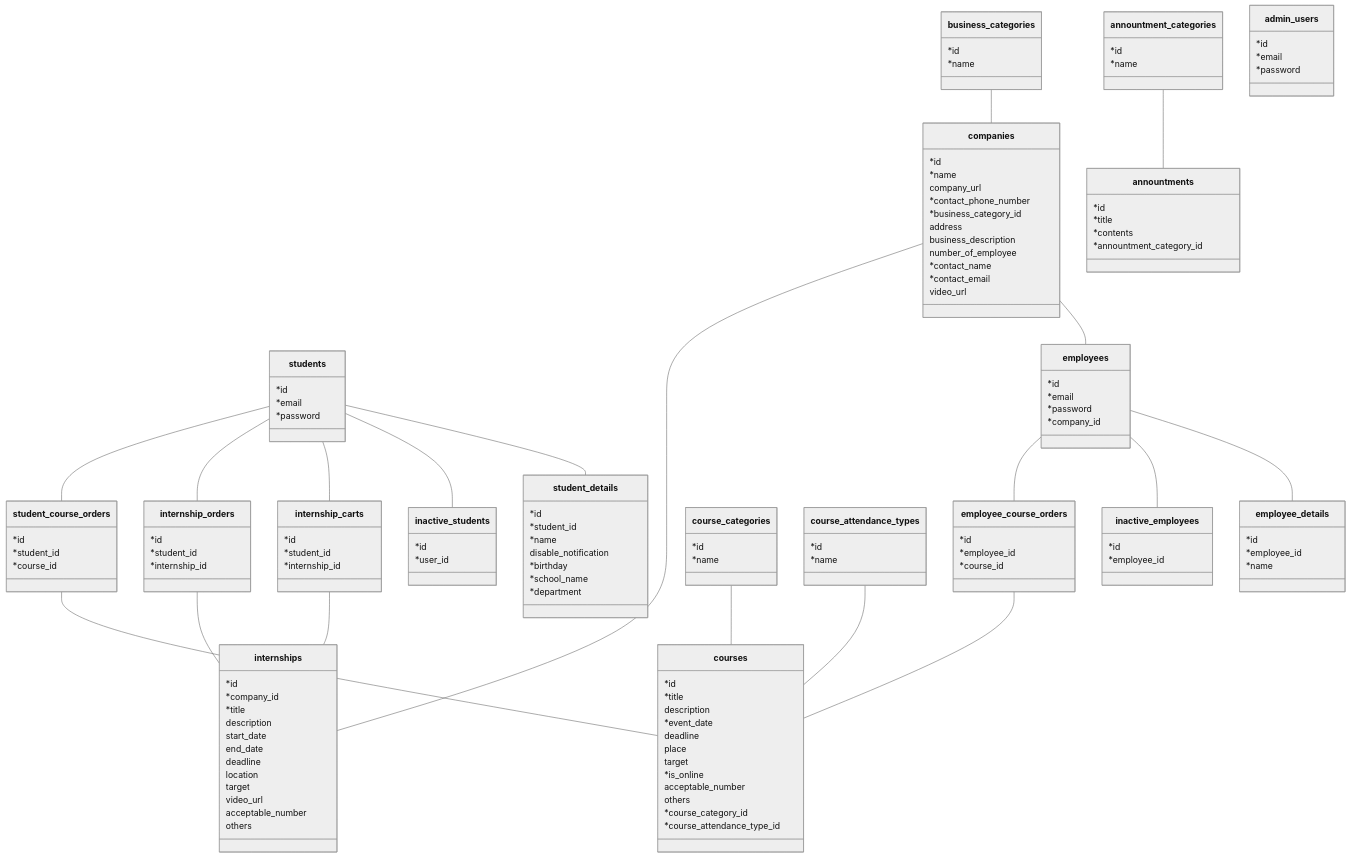
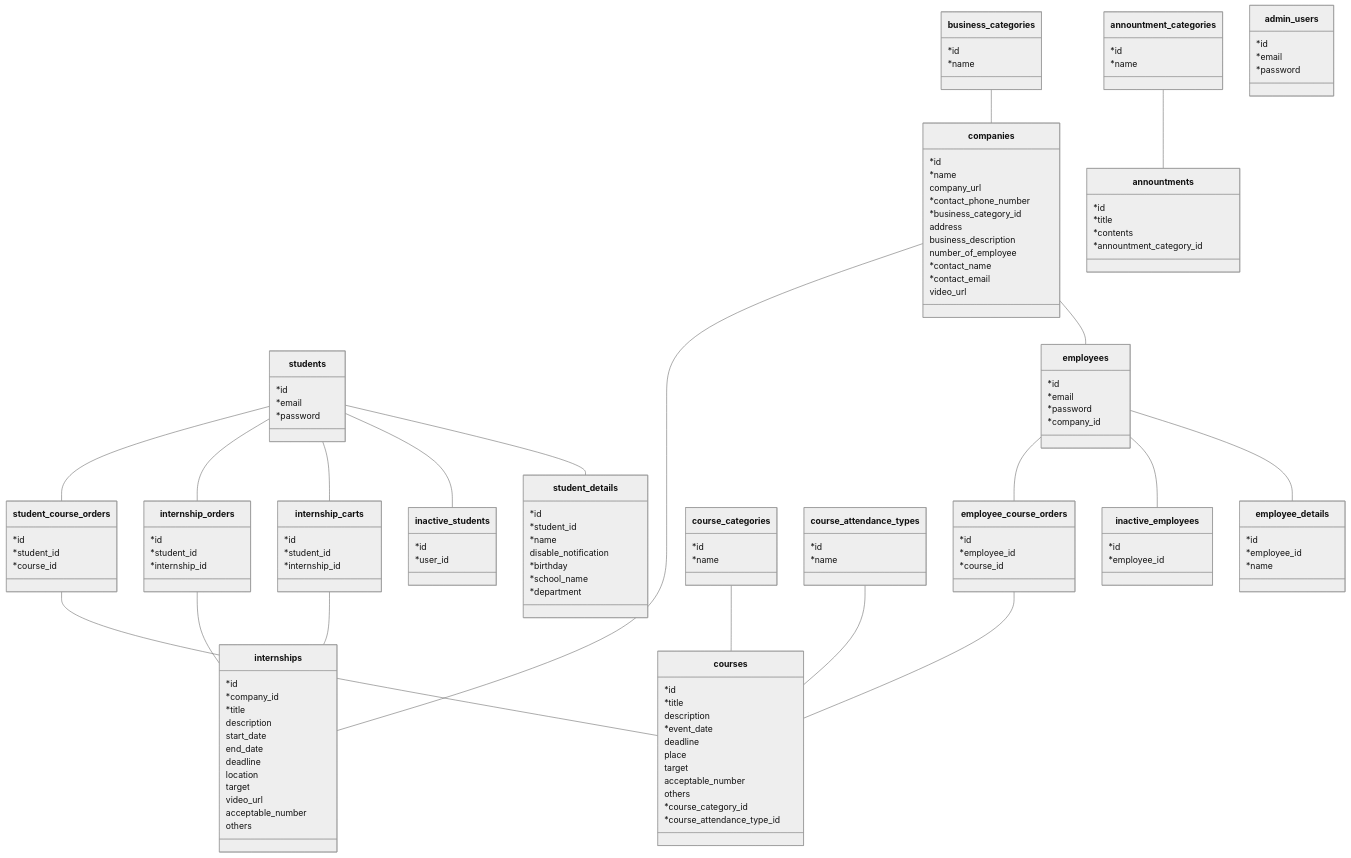
The diagram in docs/schema.md (youichiro/nagaoka-internship-site), drawn with Mermaid before and after one commit. The commit also changed 3 other files, not shown here.

```diff
--- a/docs/schema.md
+++ b/docs/schema.md
@@ -134,7 +134,6 @@
     deadline
     place
     target
-    *is_online
     acceptable_number
     others
     *course_category_id
```
